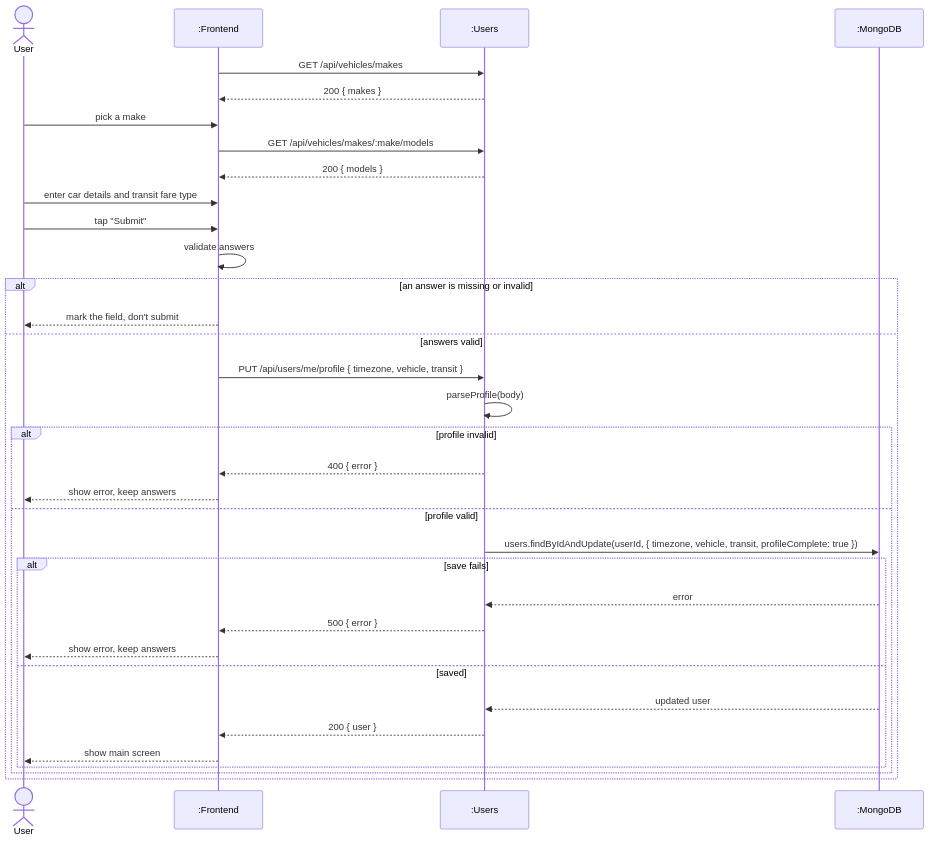
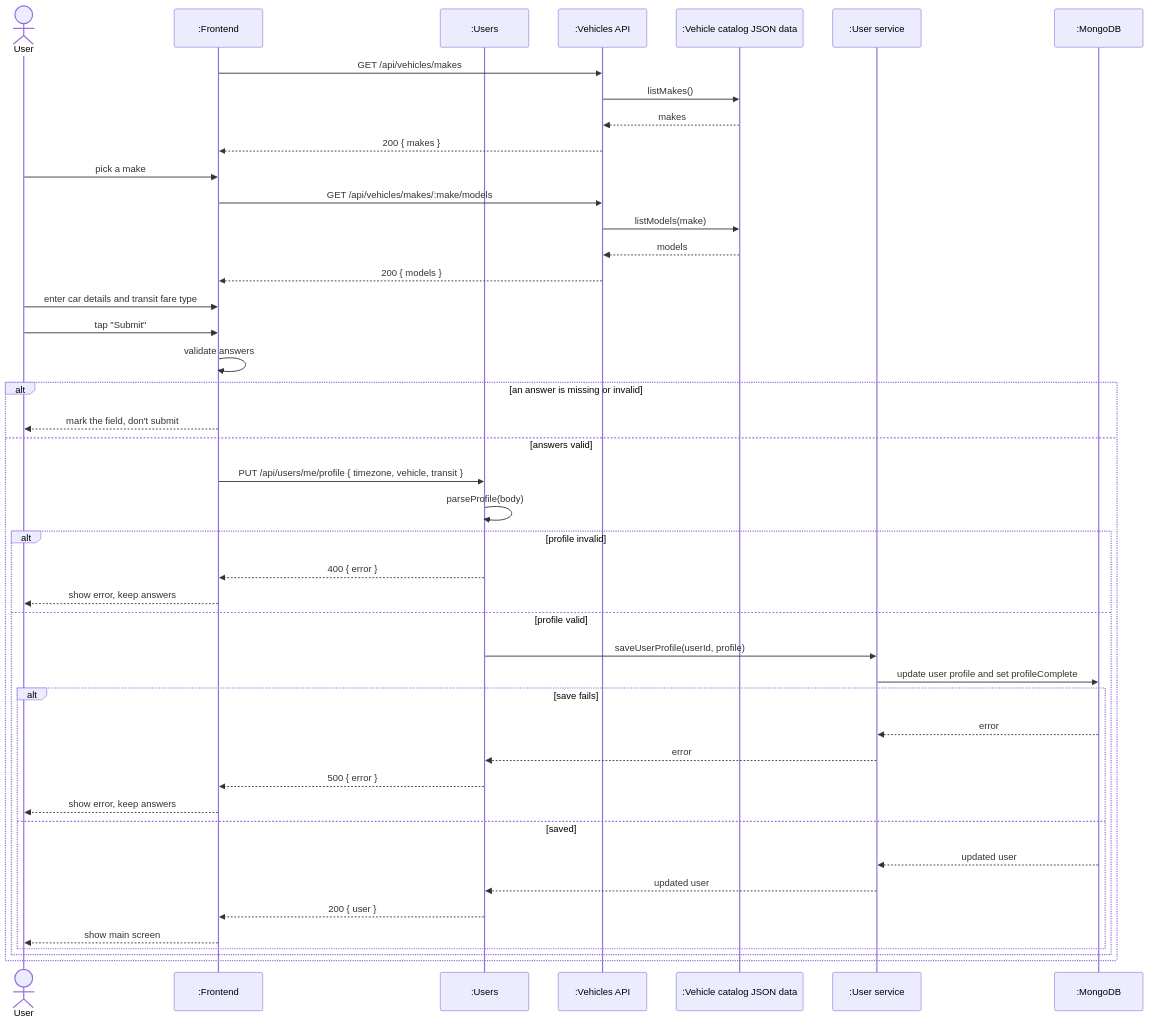
Before and after one commit to adamdeleeuw/trailmix: the second of 5 diagrams in documentation/Requirements_and_Design.md, drawn with Mermaid. The commit also changed other lines of this file, not shown here.

Commit message:
updated sequence diagrams

````diff
--- a/documentation/Requirements_and_Design.md
+++ b/documentation/Requirements_and_Design.md
@@ -397,37 +401,47 @@
 ```mermaid
 sequenceDiagram
     actor User
     participant App as :Frontend
     participant Users as :Users
+    participant Vehicles as :Vehicles API
+    participant Catalog as :Vehicle catalog JSON data
+    participant UserService as :User service
     participant DB as :MongoDB
 
-    App->>Users: GET /api/vehicles/makes
-    Users-->>App: 200 { makes }
+    App->>Vehicles: GET /api/vehicles/makes
+    Vehicles->>Catalog: listMakes()
+    Catalog-->>Vehicles: makes
+    Vehicles-->>App: 200 { makes }
     User->>App: pick a make
-    App->>Users: GET /api/vehicles/makes/:make/models
-    Users-->>App: 200 { models }
+    App->>Vehicles: GET /api/vehicles/makes/:make/models
+    Vehicles->>Catalog: listModels(make)
+    Catalog-->>Vehicles: models
+    Vehicles-->>App: 200 { models }
     User->>App: enter car details and transit fare type
     User->>App: tap "Submit"
     App->>App: validate answers
     alt an answer is missing or invalid
         App-->>User: mark the field, don't submit
     else answers valid
         App->>Users: PUT /api/users/me/profile { timezone, vehicle, transit }
         Users->>Users: parseProfile(body)
         alt profile invalid
             Users-->>App: 400 { error }
             App-->>User: show error, keep answers
         else profile valid
-            Users->>DB: users.findByIdAndUpdate(userId, { timezone, vehicle, transit, profileComplete: true })
+            Users->>UserService: saveUserProfile(userId, profile)
+            UserService->>DB: update user profile and set profileComplete
             alt save fails
-                DB-->>Users: error
+                DB-->>UserService: error
+                UserService-->>Users: error
                 Users-->>App: 500 { error }
                 App-->>User: show error, keep answers
             else saved
-                DB-->>Users: updated user
+                DB-->>UserService: updated user
+                UserService-->>Users: updated user
                 Users-->>App: 200 { user }
                 App-->>User: show main screen
             end
         end
     end
 ```
````
